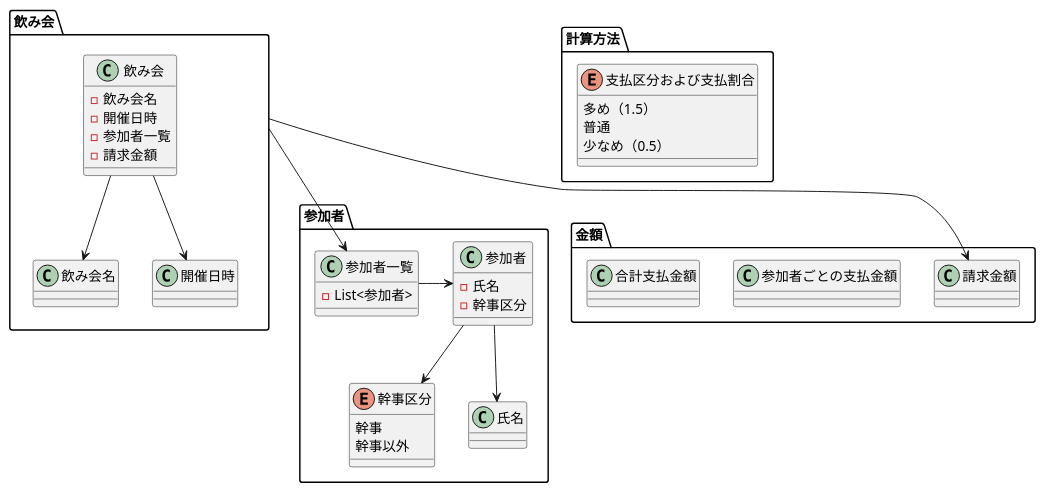
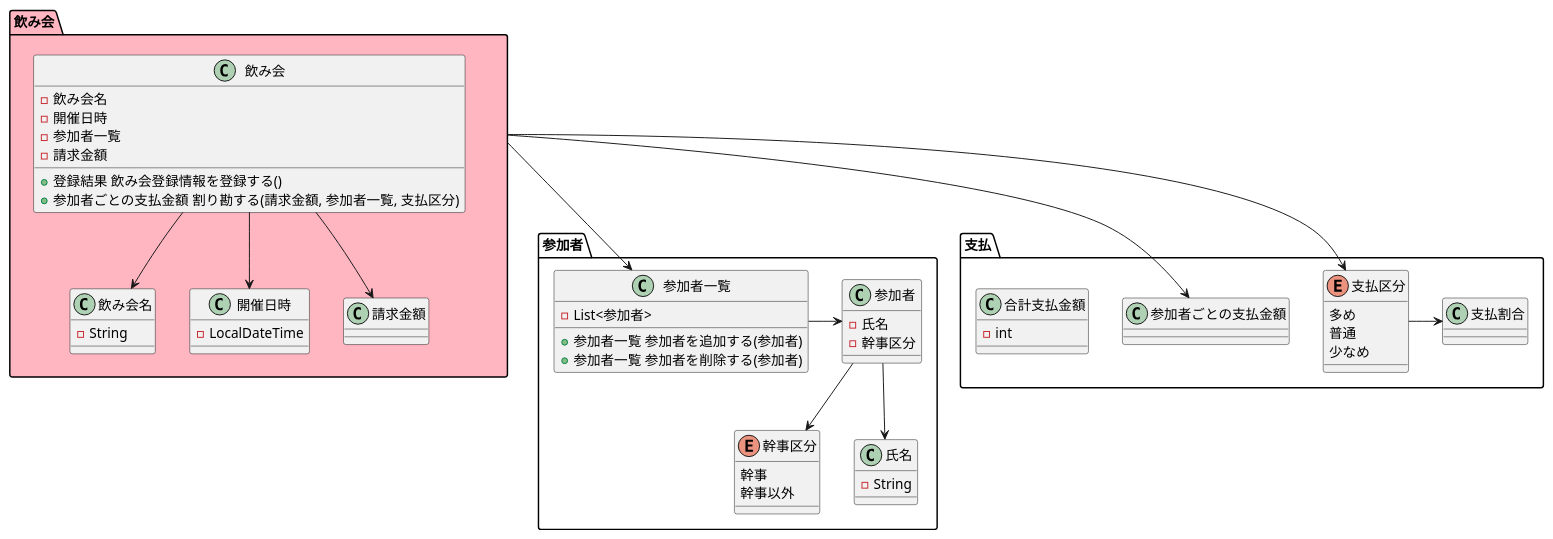
The diagram in doc/割り勘.puml (mmm00mmm/ddd-warikan), drawn with PlantUML before and after one commit.

Commit message:
ドメインモデル修正

```diff
--- a/doc/割り勘.puml
+++ b/doc/割り勘.puml
@@ -1,71 +1,84 @@
 @startuml
+/'=================================='/
+package 飲み会 #ffb6c1 {
+  class 飲み会 {
+    - 飲み会名
+    - 開催日時
+    - 参加者一覧
+    - 請求金額
+    + 登録結果 飲み会登録情報を登録する()
+    + 参加者ごとの支払金額 割り勘する(請求金額, 参加者一覧, 支払区分)
+  }
+  class 飲み会名 {
+    - String
+  }
+
+  class 開催日時 {
+    - LocalDateTime
+  }
+
+  class 請求金額 {
+  }
+  /'--------------------'/
+
+  飲み会 -d-> 飲み会名
+  飲み会 -d-> 開催日時
+  飲み会 --> 請求金額
+}
+
 /'=================================='/
 package 参加者 {
   enum 幹事区分 {
     幹事
     幹事以外
   }
 
   class 氏名 {
+    - String
   }
 
   class 参加者 {
     - 氏名
     - 幹事区分
   }
 
   class 参加者一覧 {
     - List<参加者>
+    + 参加者一覧 参加者を追加する(参加者)
+    + 参加者一覧 参加者を削除する(参加者)
   }
-
+  /'--------------------'/
   参加者一覧 -> 参加者
   参加者 -d-> 氏名
   参加者 -d-> 幹事区分
 }
 
 /'=================================='/
-package 飲み会 {
-  class 飲み会 {
-    - 飲み会名
-    - 開催日時
-    - 参加者一覧
-    - 請求金額
-  }
-
-  class 飲み会名 {
-  }
-
-  class 開催日時 {
-  }
-
-  飲み会 -d-> 飲み会名
-  飲み会 -d-> 開催日時
-}
-
-/'=================================='/
-package 金額 {
-  class 請求金額 {
-  }
+package 支払 {
 
   class 参加者ごとの支払金額 {
   }
 
   class 合計支払金額 {
+    - int
   }
 
-}
+  enum 支払区分 {
+    多め
+    普通
+    少なめ
+  }
 
-/'=================================='/
-package 計算方法 {
-  enum 支払区分および支払割合 {
-    多め（1.5）
-    普通
-    少なめ（0.5）
+  class 支払割合 {
   }
+
+  /'--------------------'/
+  支払区分 -> 支払割合
 }
 
 /'=================================='/
 飲み会 --> 参加者一覧
-飲み会 --> 請求金額
+飲み会 --> 参加者ごとの支払金額
+飲み会 --> 支払区分
 
 @enduml
```
